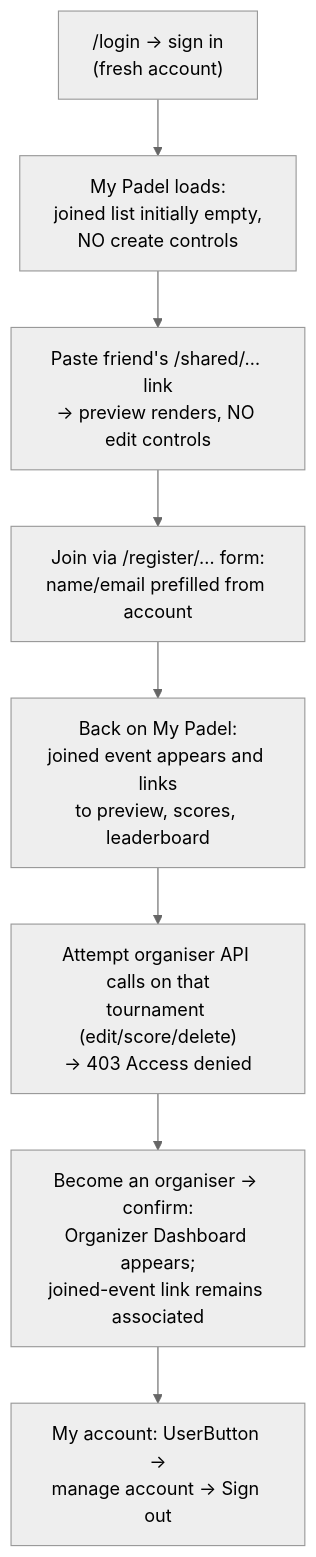
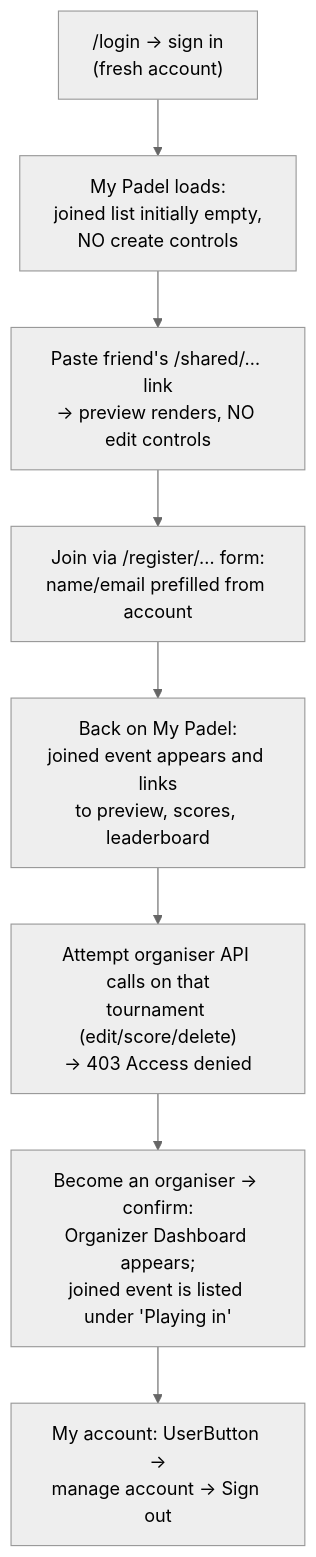
Before and after one commit to SergejSoft/Padel-app: the fifth of 7 diagrams in docs/user-flow-test-scenarios.md, drawn with Mermaid (neutral theme). The commit also changed other lines of this file and 12 other files, not shown here.

````diff
--- a/docs/user-flow-test-scenarios.md
+++ b/docs/user-flow-test-scenarios.md
@@ -174,10 +174,10 @@
 ```mermaid
 flowchart TD
     D1["/login → sign in\n(fresh account)"] --> D2["My Padel loads:\njoined list initially empty,\nNO create controls"]
     D2 --> D3["Paste friend's /shared/… link\n→ preview renders, NO edit controls"]
     D3 --> D4["Join via /register/… form:\nname/email prefilled from account"]
     D4 --> D5["Back on My Padel:\njoined event appears and links\nto preview, scores, leaderboard"]
     D5 --> D6["Attempt organiser API calls on that\ntournament (edit/score/delete)\n→ 403 Access denied"]
-    D6 --> D7["Become an organiser → confirm:\nOrganizer Dashboard appears;\njoined-event link remains associated"]
+    D6 --> D7["Become an organiser → confirm:\nOrganizer Dashboard appears;\njoined event is listed under 'Playing in'"]
     D7 --> D8["My account: UserButton →\nmanage account → Sign out"]
 ```
````
